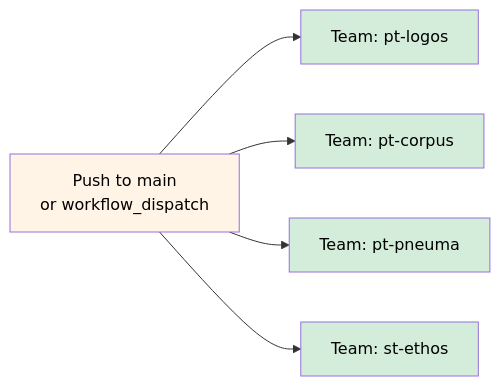
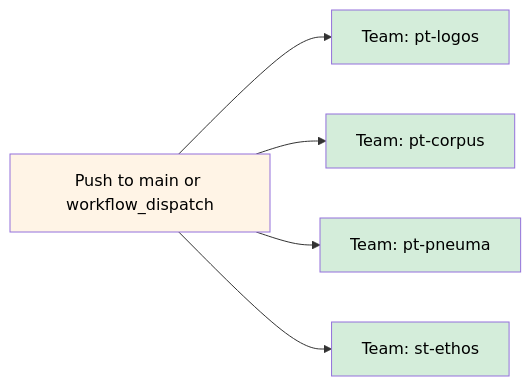
The diagram in README.md (osinfra-io/pt-logos), drawn with Mermaid before and after one commit. The commit also changed other lines of this file and 1 other file, not shown here.

````diff
--- a/README.md
+++ b/README.md
@@ -90,15 +90,15 @@
 ```mermaid
 graph LR
-    T[Push to main\nor workflow_dispatch]
+    T[Push to main or workflow_dispatch]
 
     T --> C1[Team: pt-logos]
     T --> C2[Team: pt-corpus]
     T --> C3[Team: pt-pneuma]
     T --> C4[Team: st-ethos]
 
     style T fill:#fff4e6,color:#000
     style C1 fill:#d4edda,color:#000
     style C2 fill:#d4edda,color:#000
     style C3 fill:#d4edda,color:#000
     style C4 fill:#d4edda,color:#000
 ```
````
